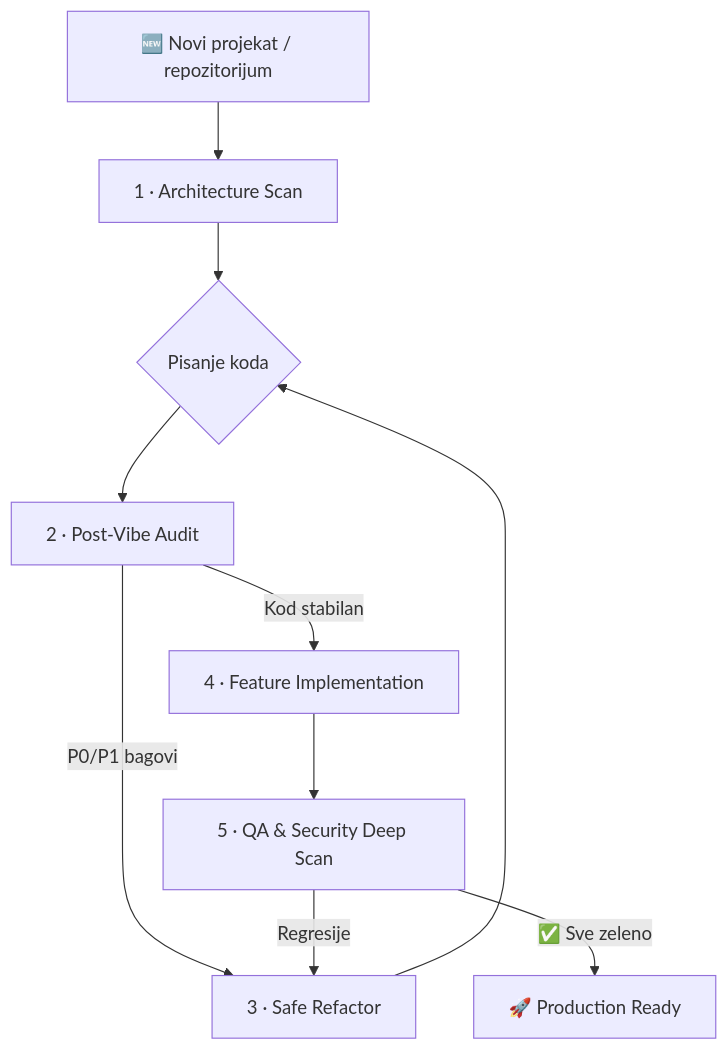
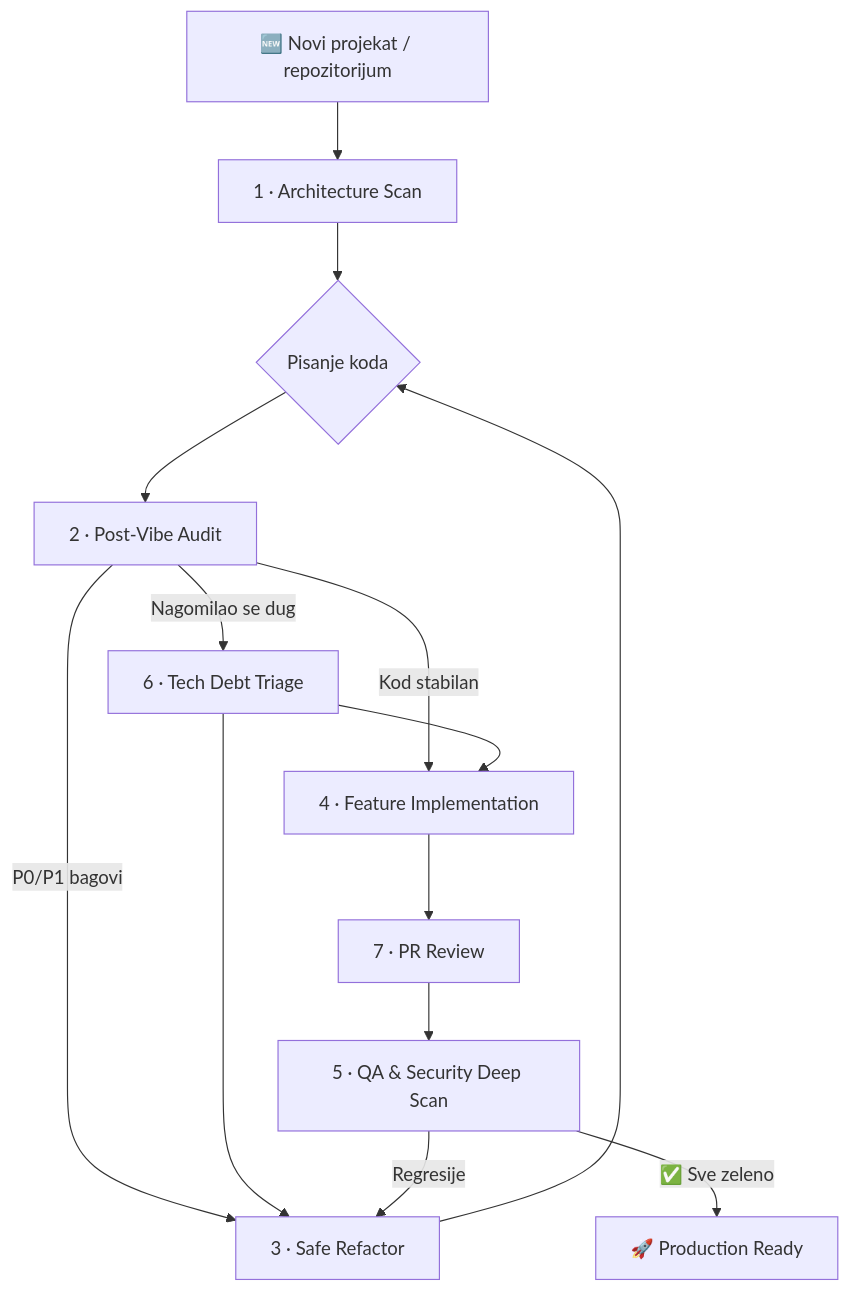
One commit to zoxknez/agentic-ai-prompts-EN-SRB changed the diagram in README.sr.md. Above: the diagram before and after it, drawn with Mermaid. The commit also changed other lines of this file and 44 other files, not shown here.

````diff
--- a/README.sr.md
+++ b/README.sr.md
@@ -84,12 +86,16 @@
 ```mermaid
 graph TD
     A["🆕 Novi projekat / repozitorijum"] --> B["1 · Architecture Scan"]
     B --> C{"Pisanje koda"}
     C --> D["2 · Post-Vibe Audit"]
+    D -->|"Nagomilao se dug"| T["6 · Tech Debt Triage"]
     D -->|"P0/P1 bagovi"| E["3 · Safe Refactor"]
     D -->|"Kod stabilan"| F["4 · Feature Implementation"]
+    T --> E
+    T --> F
     E --> C
-    F --> G["5 · QA & Security Deep Scan"]
+    F --> PR["7 · PR Review"]
+    PR --> G["5 · QA & Security Deep Scan"]
     G -->|"Regresije"| E
     G -->|"✅ Sve zeleno"| H["🚀 Production Ready"]
 ```
````
